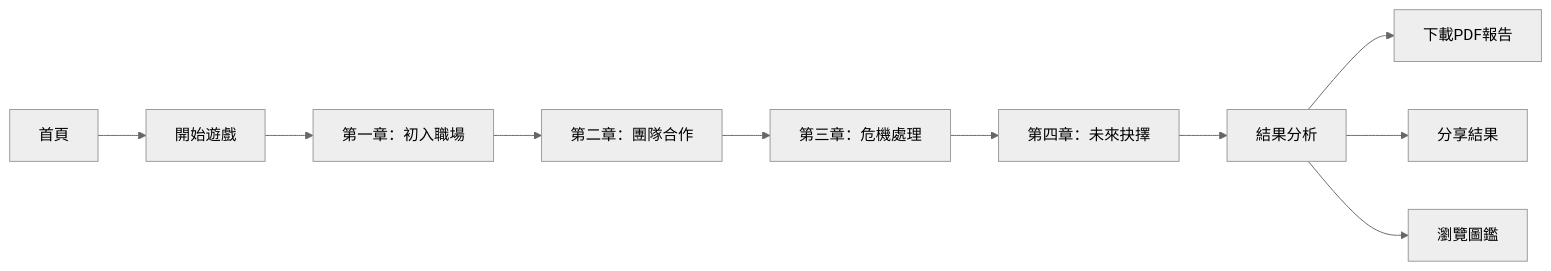
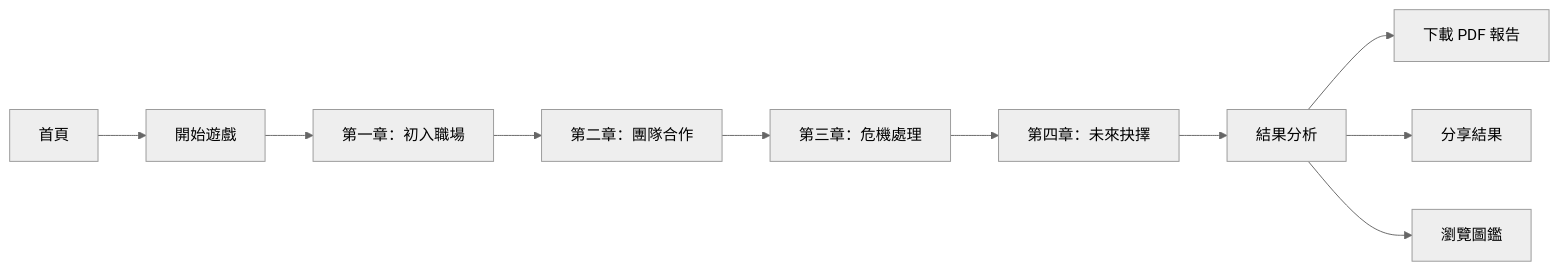
Before and after one commit to will050512/Occupational-aptitude-analysis-system: the diagram in README.md, drawn with Mermaid (neutral theme). The commit also changed other lines of this file and 1 other file, not shown here.

````diff
--- a/README.md
+++ b/README.md
@@ -145,12 +180,12 @@
 ```mermaid
 graph LR
     A[首頁] --> B[開始遊戲]
     B --> C[第一章：初入職場]
     C --> D[第二章：團隊合作]
     D --> E[第三章：危機處理]
     E --> F[第四章：未來抉擇]
     F --> G[結果分析]
-    G --> H[下載PDF報告]
+    G --> H[下載 PDF 報告]
     G --> I[分享結果]
     G --> J[瀏覽圖鑑]
 ```
````
